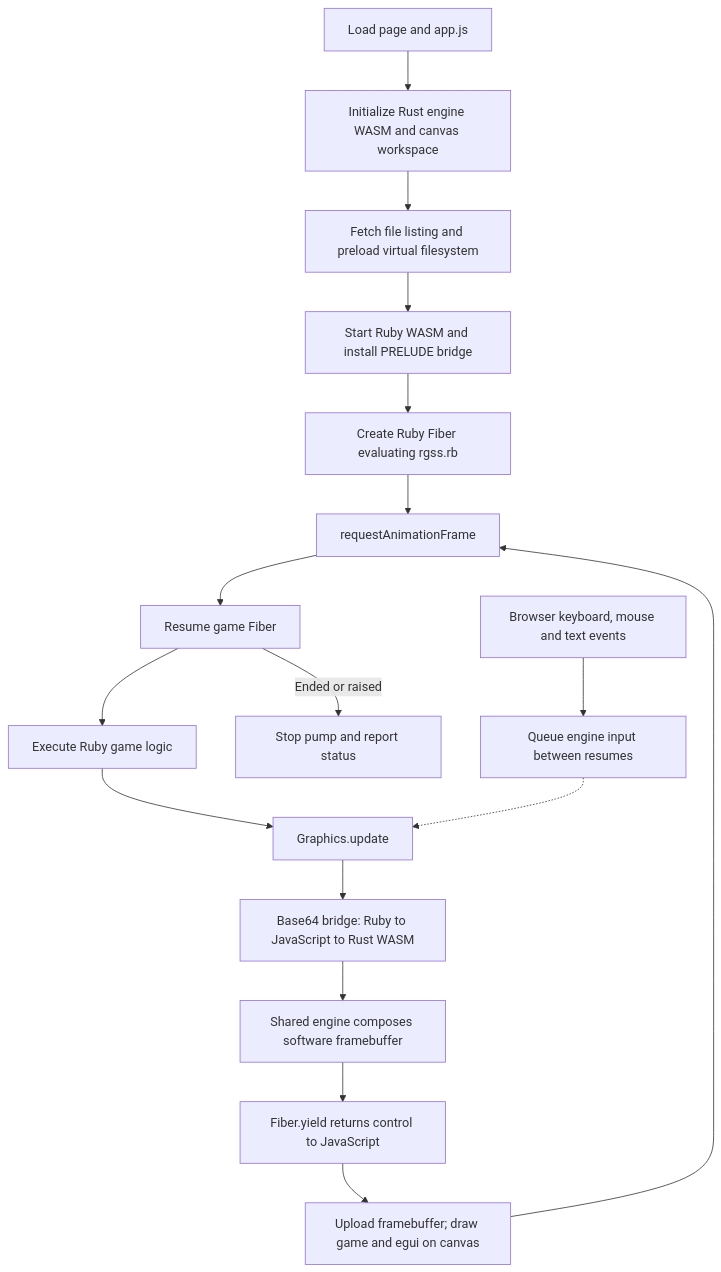
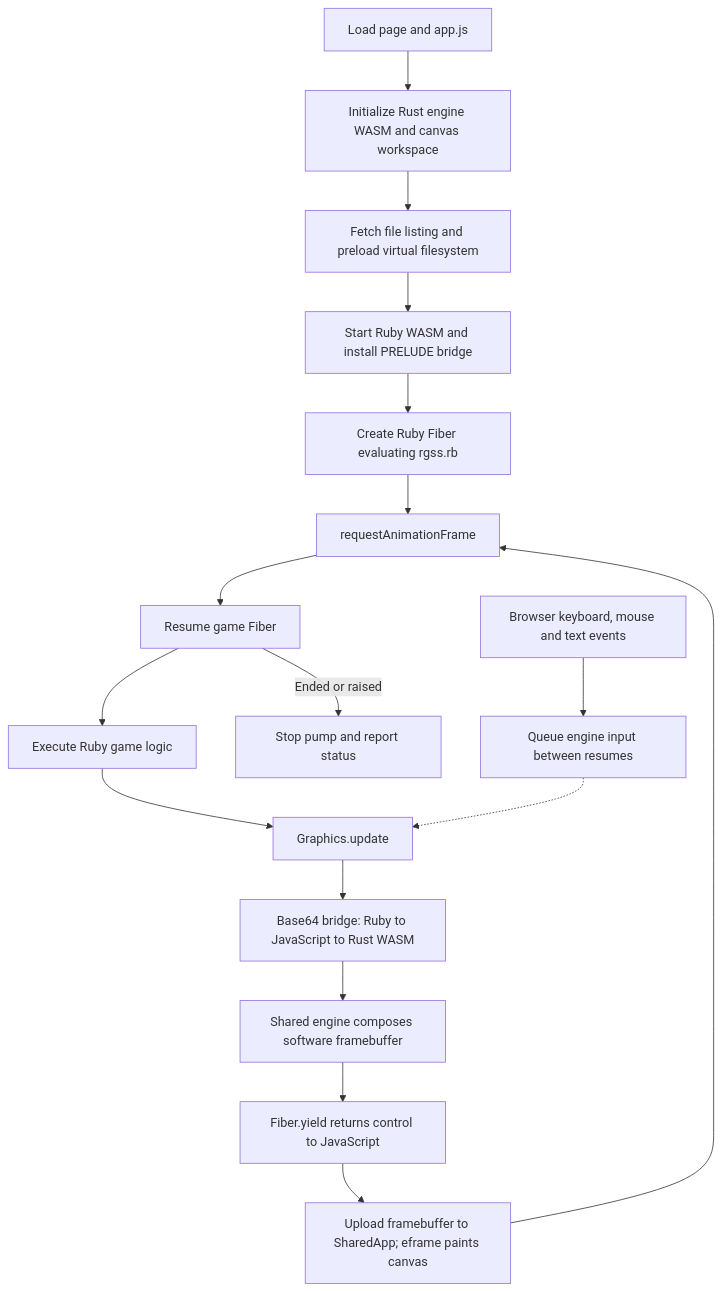
Before and after one commit to Rucadi/rsxp: the fifth of 5 diagrams in docs/architecture.md, drawn with Mermaid. The commit also changed other lines of this file and 121 other files, not shown here.

````diff
--- a/docs/architecture.md
+++ b/docs/architecture.md
@@ -277,19 +276,19 @@
 ```mermaid
 flowchart TD
     Page["Load page and app.js"] --> Engine["Initialize Rust engine WASM and canvas workspace"]
     Engine --> Assets["Fetch file listing and preload virtual filesystem"]
     Assets --> Ruby["Start Ruby WASM and install PRELUDE bridge"]
     Ruby --> Fiber["Create Ruby Fiber evaluating rgss.rb"]
     Fiber --> Schedule["requestAnimationFrame"]
     Schedule --> Resume["Resume game Fiber"]
     Resume --> Logic["Execute Ruby game logic"]
     Logic --> Update["Graphics.update"]
     Update --> Bridge["Base64 bridge: Ruby to JavaScript to Rust WASM"]
     Bridge --> Compose["Shared engine composes software framebuffer"]
     Compose --> Yield["Fiber.yield returns control to JavaScript"]
-    Yield --> Present["Upload framebuffer; draw game and egui on canvas"]
+    Yield --> Present["Upload framebuffer to SharedApp; eframe paints canvas"]
     Present --> Schedule
     Events["Browser keyboard, mouse and text events"] --> Queue["Queue engine input between resumes"]
     Queue -.-> Update
     Resume -->|"Ended or raised"| Stop["Stop pump and report status"]
 ```
````
